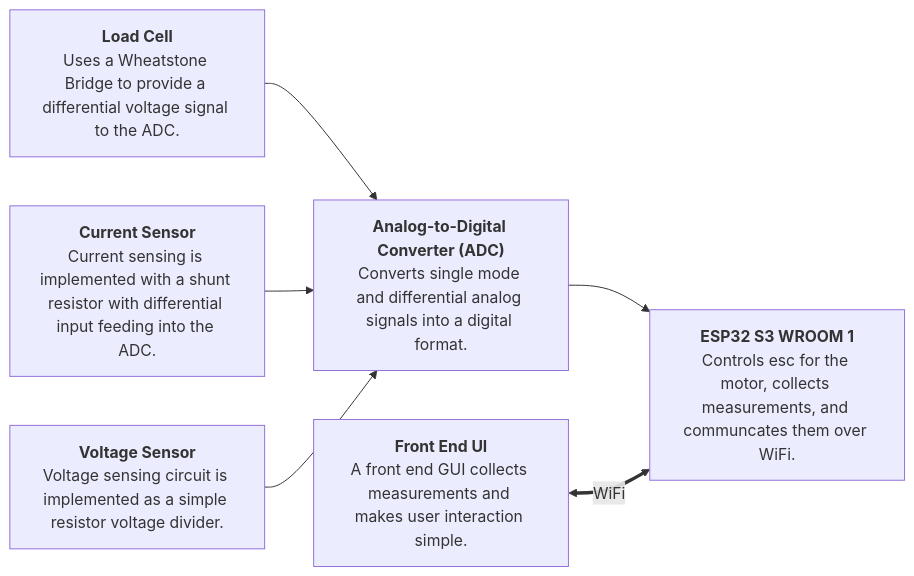
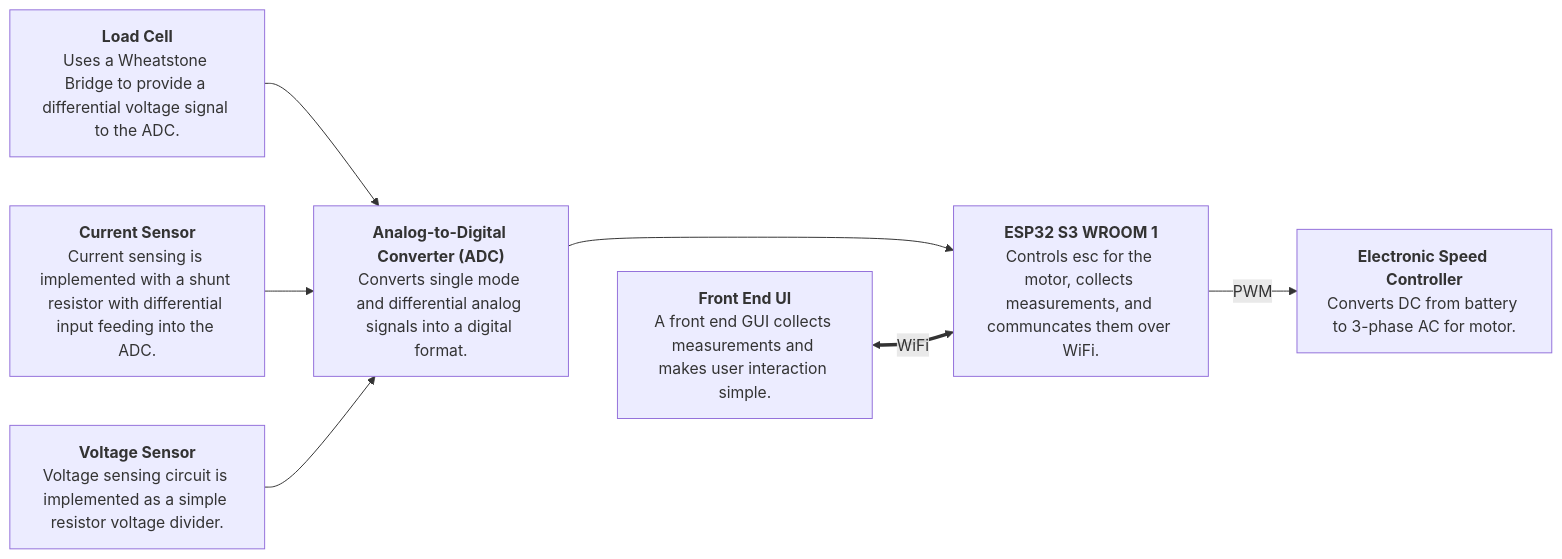
One commit to umbc-aiaa/DTTS-V2-Hardware-Design changed the diagram in README.md. Above: the diagram before and after it, drawn with Mermaid. The commit also changed other lines of this file, not shown here.

Commit message:
Add image to README

````diff
--- a/README.md
+++ b/README.md
@@ -9,18 +11,23 @@
 ```mermaid
 graph LR;
 LC[<b>Load Cell</b></br>Uses a Wheatstone Bridge to provide a differential voltage signal to the ADC.];
 CS[<b>Current Sensor</b></br>Current sensing is implemented with a shunt resistor with differential input feeding into the ADC.];
 VS[<b>Voltage Sensor</b></br>Voltage sensing circuit is implemented as a simple resistor voltage divider.];
 ADC["<b>Analog-to-Digital Converter (ADC)</b></br>Converts single mode and differential analog signals into a digital format."];
 MC[<b>ESP32 S3 WROOM 1</b></br>Controls esc for the motor, collects measurements, and communcates them over WiFi.];
+ESC[<b>Electronic Speed Controller</b><br />Converts DC from battery to 3-phase AC for motor.]
 
 GUI[<b>Front End UI</b></br>A front end GUI collects measurements and makes user interaction simple.];
 
 LC --> ADC;
 CS --> ADC;
 VS --> ADC;
 
 ADC --> MC;
 
+MC -- PWM --> ESC;
+
 GUI <== WiFi ==> MC;
+
+ADC ~~~ GUI;
 ```
````
